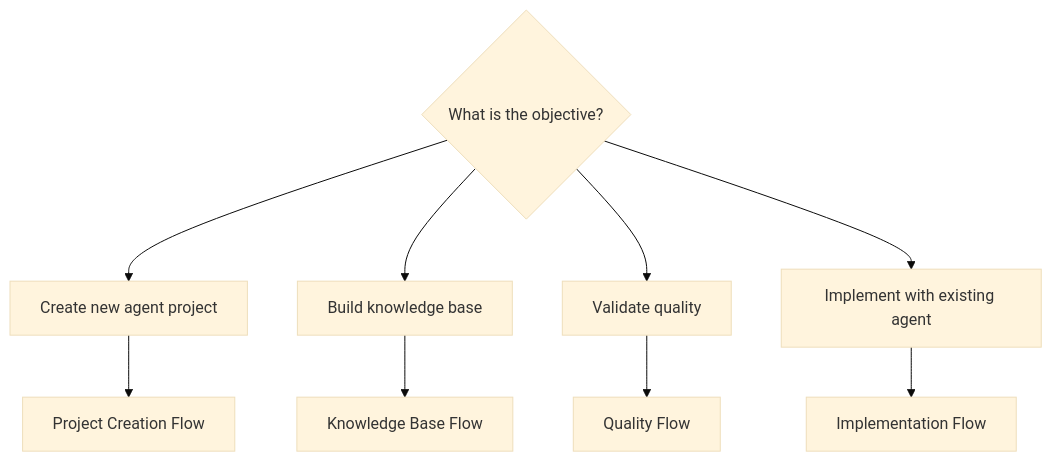
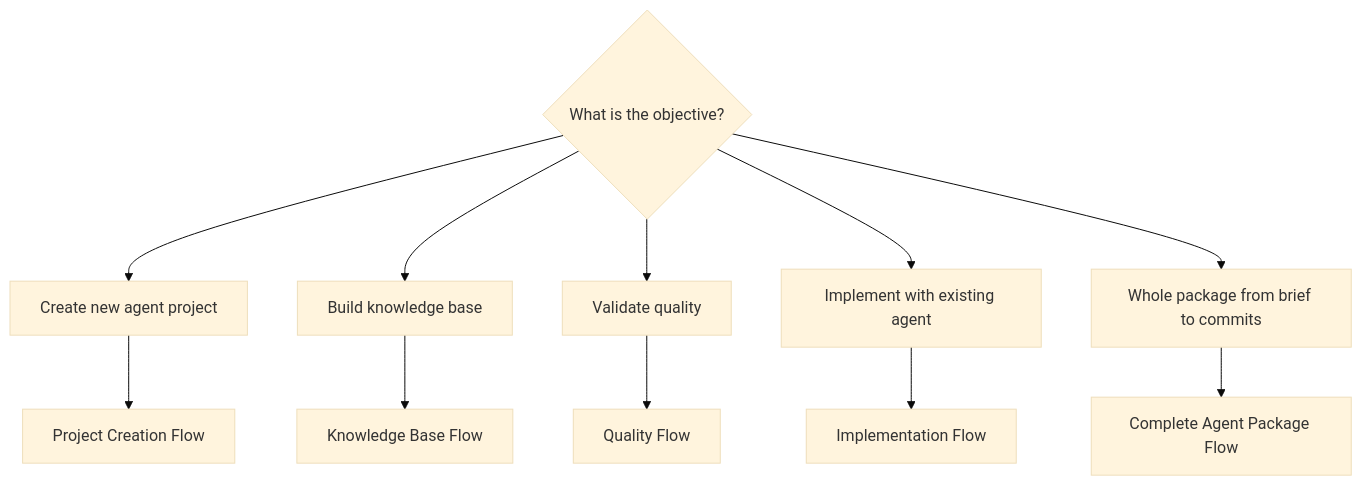
One commit to rodrigo-mendes/agents-factory changed the first of 7 diagrams in docs/fluxos/README.md. Above: the diagram before and after it, drawn with Mermaid (base theme). The commit also changed other lines of this file and 76 other files, not shown here.

First line of the commit message:
feat(agent-package-builder): add building-agent-packages orchestrator skill

````diff
--- a/docs/fluxos/README.md
+++ b/docs/fluxos/README.md
@@ -9,17 +9,20 @@
 ```mermaid
 flowchart TD
     START{What is the objective?} --> Q1[Create new agent project]
     START --> Q2[Build knowledge base]
     START --> Q3[Validate quality]
     START --> Q4[Implement with existing agent]
+    START --> Q5[Whole package from brief to commits]
+    Q5 --> F5[Complete Agent Package Flow]
+    click F5 "fluxo-pacote-agente-completo.md"
 
     Q1 --> F1[Project Creation Flow]
     Q2 --> F2[Knowledge Base Flow]
     Q3 --> F3[Quality Flow]
     Q4 --> F4[Implementation Flow]
 
     click F1 "fluxo-criacao-projeto.md"
     click F2 "fluxo-base-conhecimento.md"
     click F3 "fluxo-qualidade.md"
     click F4 "fluxo-implementacao.md"
 ```
````
